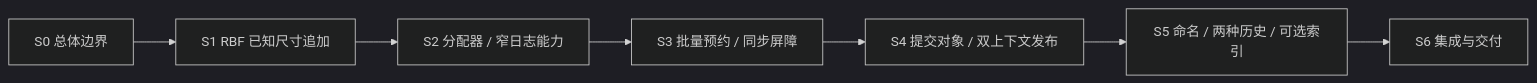
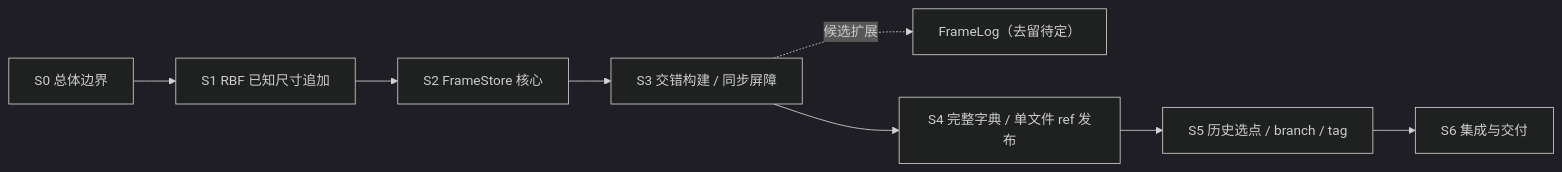
The diagram in docs/FrameStore-VersionStore/README.md (Atelia-org/atelia-storage), drawn with Mermaid (dark theme) before and after one commit. The commit also changed other lines of this file and 11 other files, not shown here.

Commit message:
docs: consolidate FrameStore and VersionStore core designs

````diff
--- a/docs/FrameStore-VersionStore/README.md
+++ b/docs/FrameStore-VersionStore/README.md
@@ -43,9 +50,10 @@
 ```mermaid
 flowchart LR
     S0["S0 总体边界"] --> S1["S1 RBF 已知尺寸追加"]
-    S1 --> S2["S2 分配器 / 窄日志能力"]
-    S2 --> S3["S3 批量预约 / 同步屏障"]
-    S3 --> S4["S4 提交对象 / 双上下文发布"]
-    S4 --> S5["S5 命名 / 两种历史 / 可选索引"]
+    S1 --> S2["S2 FrameStore 核心"]
+    S2 --> S3["S3 交错构建 / 同步屏障"]
+    S3 -. 候选扩展 .-> LOG["FrameLog（去留待定）"]
+    S3 --> S4["S4 完整字典 / 单文件 ref 发布"]
+    S4 --> S5["S5 历史选点 / branch / tag"]
     S5 --> S6["S6 集成与交付"]
 ```
````
